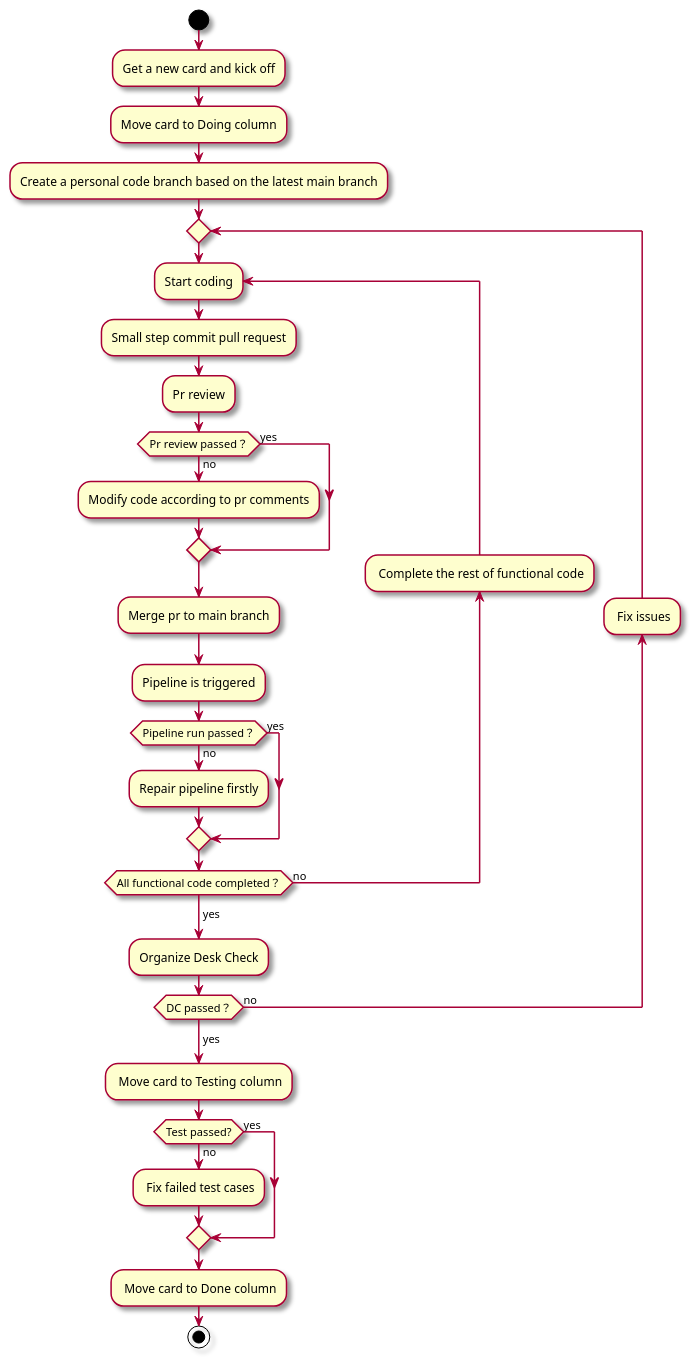
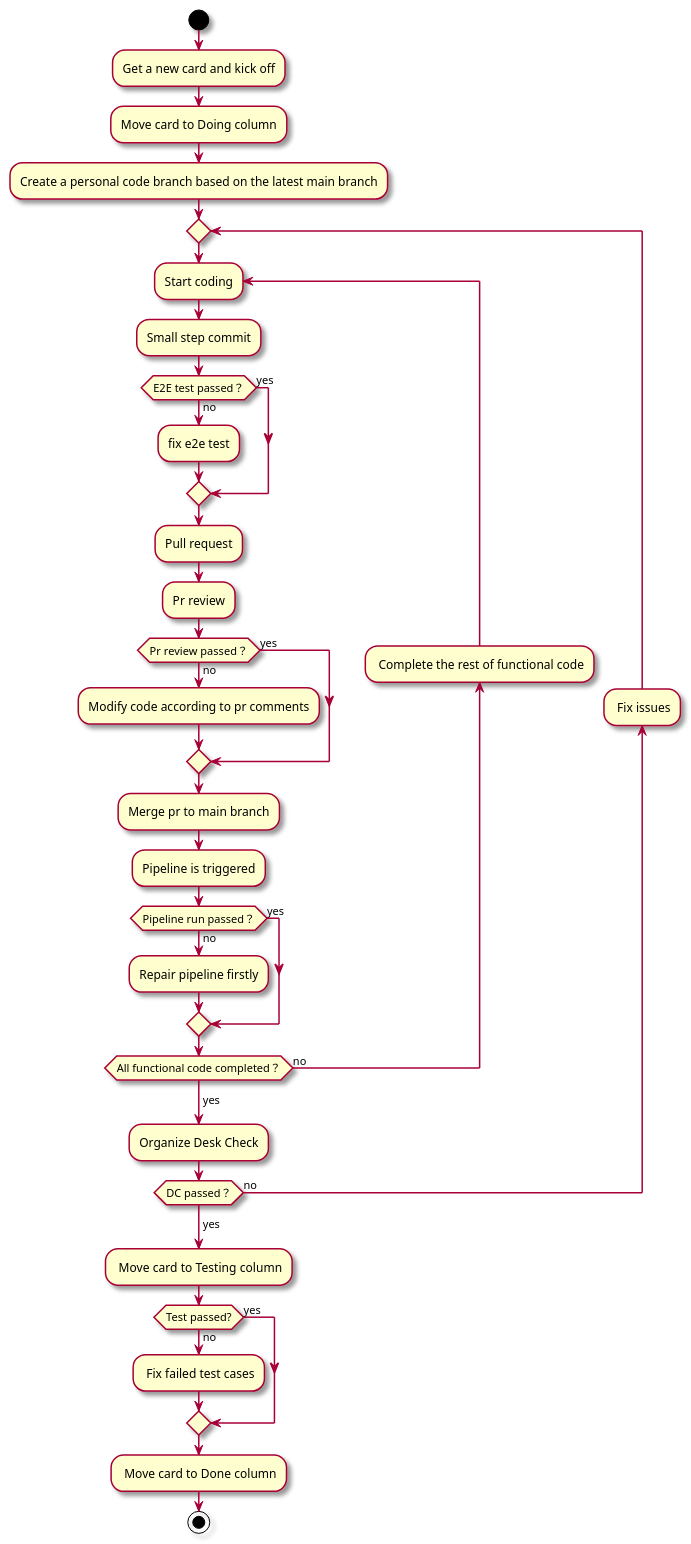
The diagram in docs/src/pages/en/dev-center/way-of-working.md (thoughtworks/HeartBeat), drawn with PlantUML before and after one commit. The commit also changed other lines of this file and 4 other files, not shown here.

````diff
--- a/docs/src/pages/en/dev-center/way-of-working.md
+++ b/docs/src/pages/en/dev-center/way-of-working.md
@@ -7,39 +7,44 @@
 ```plantuml
 @startuml Way of Code Working
 skin rose
 start
 
 :Get a new card and kick off;
 :Move card to Doing column;
 :Create a personal code branch based on the latest main branch;
   repeat
     repeat :Start coding;
-      :Small step commit pull request;
+      :Small step commit;
+      if(E2E test passed？) then (no)
+        :fix e2e test;
+      else(yes)
+      endif
+      :Pull request;
       :Pr review;
       if(Pr review passed？) then (yes)
       else (no)
       :Modify code according to pr comments;
       endif
       :Merge pr to main branch;
       :Pipeline is triggered;
       if(Pipeline run passed？) then (yes)
       else(no)
         :Repair pipeline firstly;
       endif
     backward: Complete the rest of functional code;
     repeat while (All functional code completed？) is (no)
     ->yes;
     :Organize Desk Check;
   backward: Fix issues;
   repeat while (DC passed？) is (no)
   ->yes;
   : Move card to Testing column;
     if(Test passed?) then (yes)
     else(no)
     : Fix failed test cases;
     endif
   : Move card to Done column;
 
 stop
 @enduml
 ```
````
